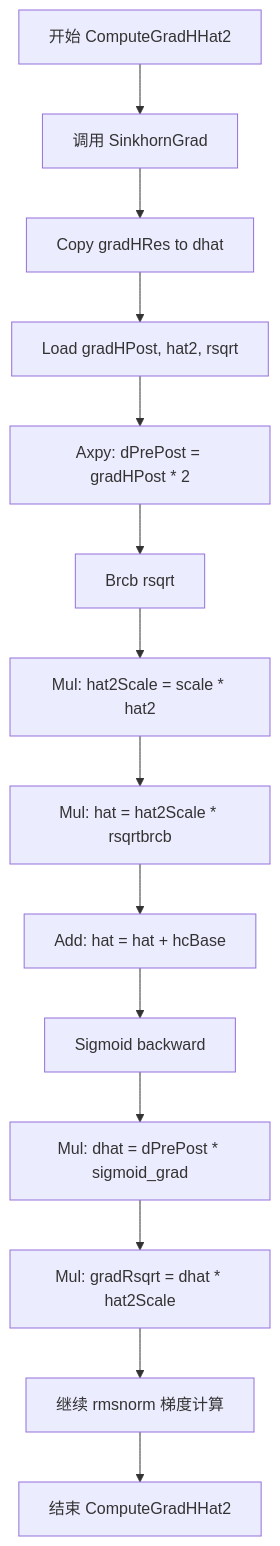
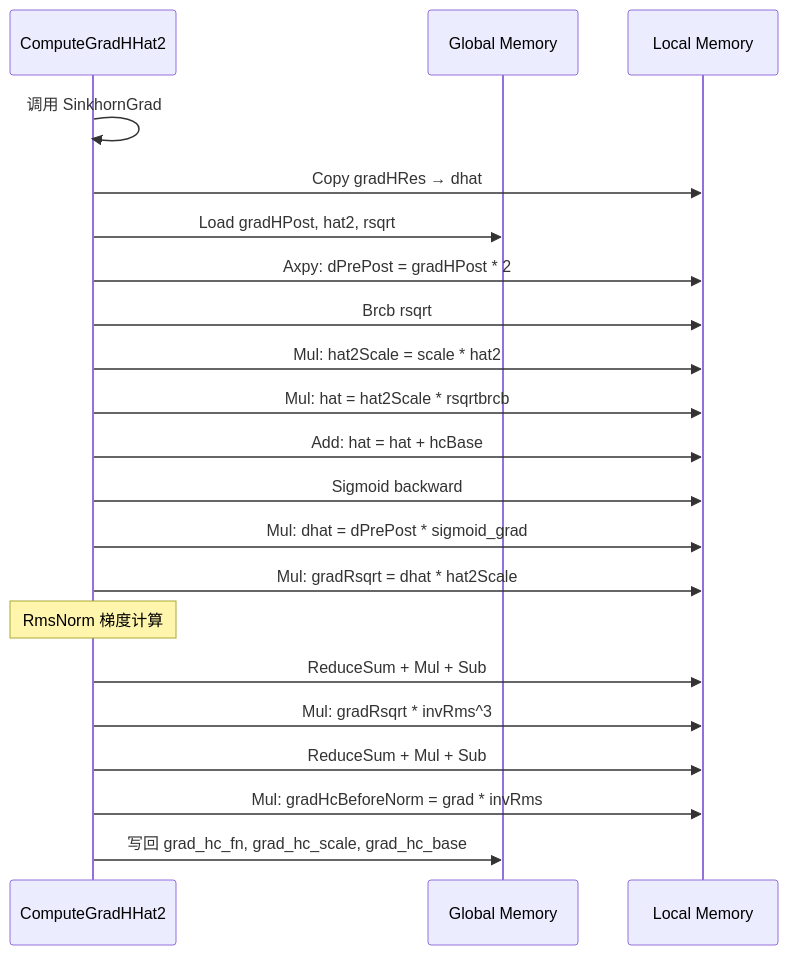
Before and after one commit to ChunnX/ops-transformer: the ninth of 11 diagrams in mhc/mhc_pre_clamp_sinkhorn_backward/docs/MhcPreClampSinkhornBackward_Design.md, drawn with Mermaid. The commit also changed other lines of this file, not shown here.

Commit message:
优化流程图

````diff
--- a/mhc/mhc_pre_clamp_sinkhorn_backward/docs/MhcPreClampSinkhornBackward_Design.md
+++ b/mhc/mhc_pre_clamp_sinkhorn_backward/docs/MhcPreClampSinkhornBackward_Design.md
@@ -415,16 +620,25 @@
 ```mermaid
-graph TD
-    A[开始 ComputeGradHHat2] --> B[调用 SinkhornGrad]
-    B --> C[Copy gradHRes to dhat]
-    C --> D[Load gradHPost, hat2, rsqrt]
-    D --> E[Axpy: dPrePost = gradHPost * 2]
-    E --> F[Brcb rsqrt]
-    F --> G[Mul: hat2Scale = scale * hat2]
-    G --> H[Mul: hat = hat2Scale * rsqrtbrcb]
-    H --> I[Add: hat = hat + hcBase]
-    I --> J[Sigmoid backward]
-    J --> K[Mul: dhat = dPrePost * sigmoid_grad]
-    K --> L[Mul: gradRsqrt = dhat * hat2Scale]
-    L --> M[继续 rmsnorm 梯度计算]
-    M --> N[结束 ComputeGradHHat2]
+sequenceDiagram
+    participant ComputeGradHHat2
+    participant GM as Global Memory
+    participant LM as Local Memory
+
+    ComputeGradHHat2->>ComputeGradHHat2: 调用 SinkhornGrad
+    ComputeGradHHat2->>LM: Copy gradHRes → dhat
+    ComputeGradHHat2->>GM: Load gradHPost, hat2, rsqrt
+    ComputeGradHHat2->>LM: Axpy: dPrePost = gradHPost * 2
+    ComputeGradHHat2->>LM: Brcb rsqrt
+    ComputeGradHHat2->>LM: Mul: hat2Scale = scale * hat2
+    ComputeGradHHat2->>LM: Mul: hat = hat2Scale * rsqrtbrcb
+    ComputeGradHHat2->>LM: Add: hat = hat + hcBase
+    ComputeGradHHat2->>LM: Sigmoid backward
+    ComputeGradHHat2->>LM: Mul: dhat = dPrePost * sigmoid_grad
+    ComputeGradHHat2->>LM: Mul: gradRsqrt = dhat * hat2Scale
+
+    Note over ComputeGradHHat2: RmsNorm 梯度计算
+    ComputeGradHHat2->>LM: ReduceSum + Mul + Sub
+    ComputeGradHHat2->>LM: Mul: gradRsqrt * invRms^3
+    ComputeGradHHat2->>LM: ReduceSum + Mul + Sub
+    ComputeGradHHat2->>LM: Mul: gradHcBeforeNorm = grad * invRms
+    ComputeGradHHat2->>GM: 写回 grad_hc_fn, grad_hc_scale, grad_hc_base
 ```
````
